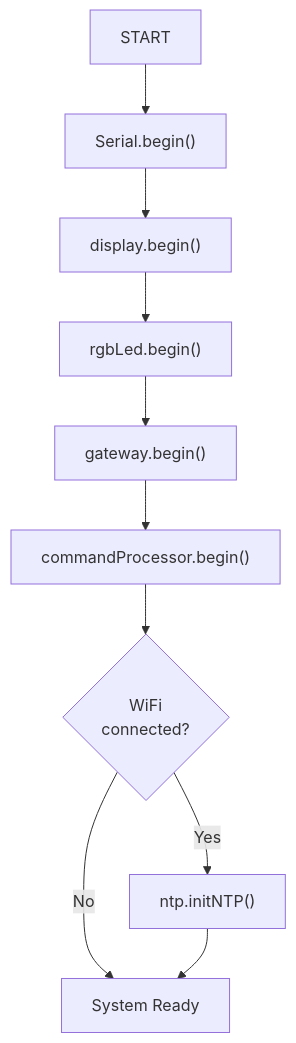
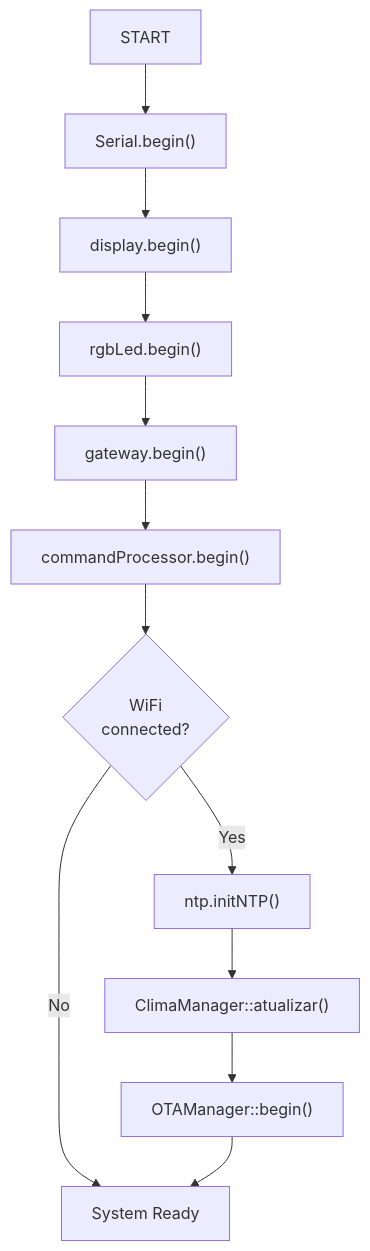
Before and after one commit to paulocfmarques-collab/esp32C6: the seventh of 12 diagrams in README.md, drawn with Mermaid. The commit also changed other lines of this file, not shown here.

Commit message:
docs: complete README upgrade with ClimaManager and OTAManager documentation

````diff
--- a/README.md
+++ b/README.md
@@ -275,22 +429,26 @@
 ```mermaid
 flowchart TD
     START["START"]
     SERIAL["Serial.begin()"]
     DISPLAY["display.begin()"]
     LED["rgbLed.begin()"]
     GATEWAY["gateway.begin()"]
     CMD["commandProcessor.begin()"]
     WIFI_CHECK{"WiFi<br/>connected?"}
     NTP["ntp.initNTP()"]
+    WEATHER["ClimaManager::atualizar()"]
+    OTA["OTAManager::begin()"]
     READY["System Ready"]
     
     START --> SERIAL
     SERIAL --> DISPLAY
     DISPLAY --> LED
     LED --> GATEWAY
     GATEWAY --> CMD
     CMD --> WIFI_CHECK
     WIFI_CHECK -->|Yes| NTP
     WIFI_CHECK -->|No| READY
-    NTP --> READY
+    NTP --> WEATHER
+    WEATHER --> OTA
+    OTA --> READY
 ```
````
